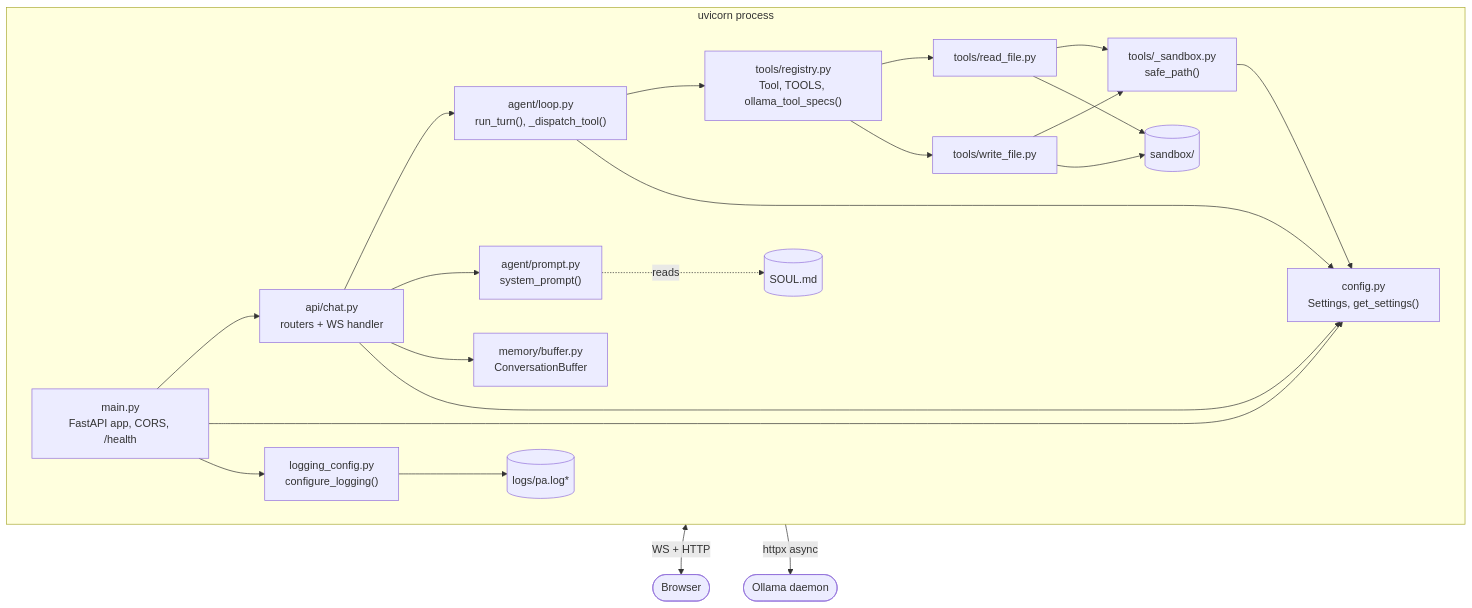
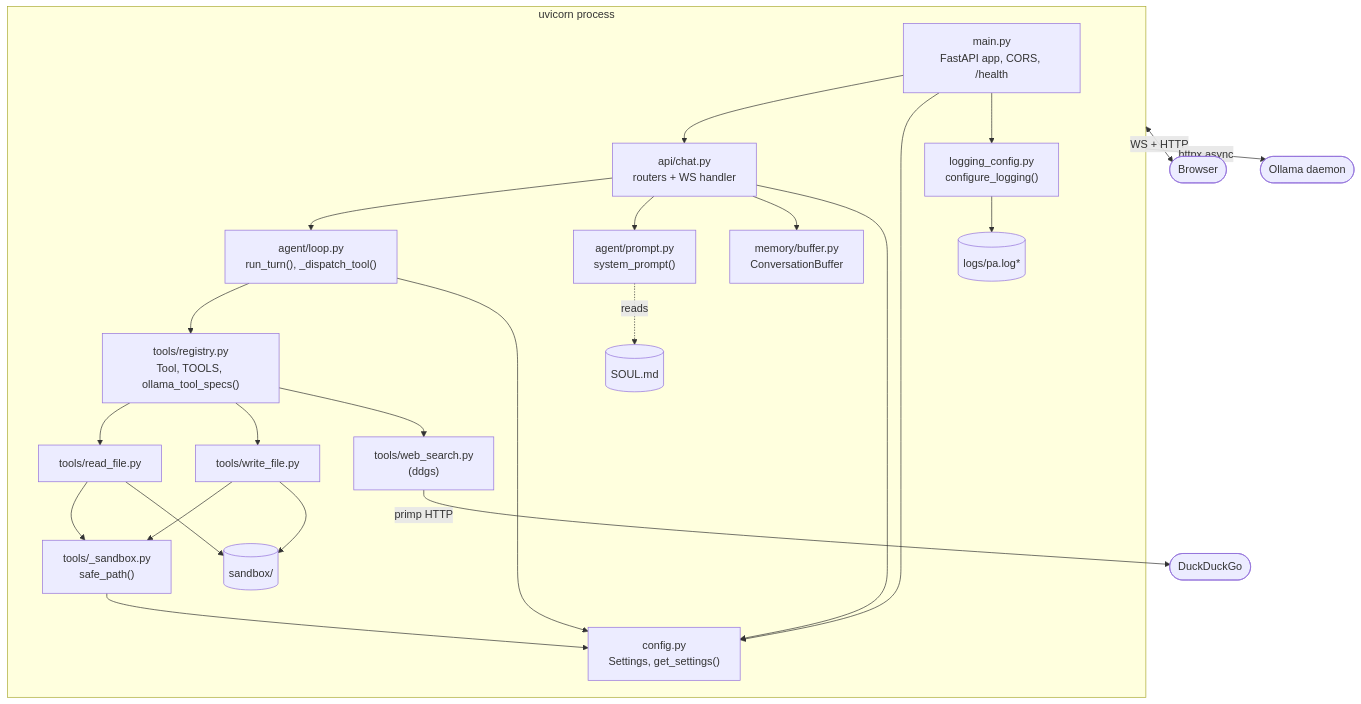
The first of 13 diagrams in docs/design/LLD.md (fhdbbk/personal-agent), drawn with Mermaid before and after one commit. The commit also changed other lines of this file and 11 other files, not shown here.

First line of the commit message:
Add web_search tool (ddgs backend) + async-journey learnings

````diff
--- a/docs/design/LLD.md
+++ b/docs/design/LLD.md
@@ -29,38 +29,41 @@
 ```mermaid
 flowchart TB
     subgraph proc ["uvicorn process"]
         main["main.py<br/>FastAPI app, CORS, /health"]
         chat["api/chat.py<br/>routers + WS handler"]
         loop["agent/loop.py<br/>run_turn(), _dispatch_tool()"]
         prompt["agent/prompt.py<br/>system_prompt()"]
         registry["tools/registry.py<br/>Tool, TOOLS, ollama_tool_specs()"]
         readf["tools/read_file.py"]
         writef["tools/write_file.py"]
+        websearch["tools/web_search.py<br/>(ddgs)"]
         sandbox["tools/_sandbox.py<br/>safe_path()"]
         buffer["memory/buffer.py<br/>ConversationBuffer"]
         cfg["config.py<br/>Settings, get_settings()"]
         logc["logging_config.py<br/>configure_logging()"]
 
         main --> chat
         main --> cfg
         main --> logc
         chat --> loop
         chat --> prompt
         chat --> buffer
         chat --> cfg
         loop --> registry
         loop --> cfg
         registry --> readf
         registry --> writef
+        registry --> websearch
         readf --> sandbox
         writef --> sandbox
         sandbox --> cfg
         prompt -.->|reads| soul[("SOUL.md")]
         readf --> sb[("sandbox/")]
         writef --> sb
         logc --> logfiles[("logs/pa.log*")]
     end
 
     proc <-->|WS + HTTP| browser(["Browser"])
     proc -->|httpx async| ollama(["Ollama daemon"])
+    websearch -->|primp HTTP| ddg(["DuckDuckGo"])
 ```
````
